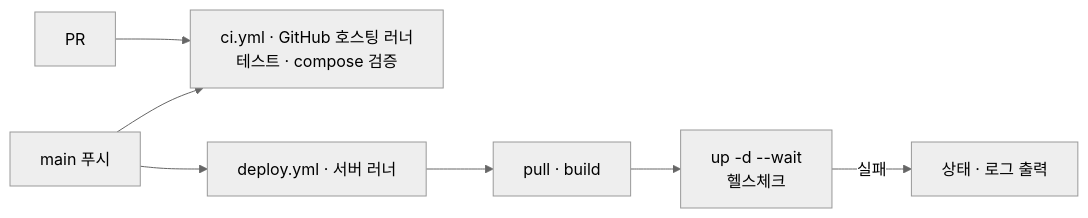
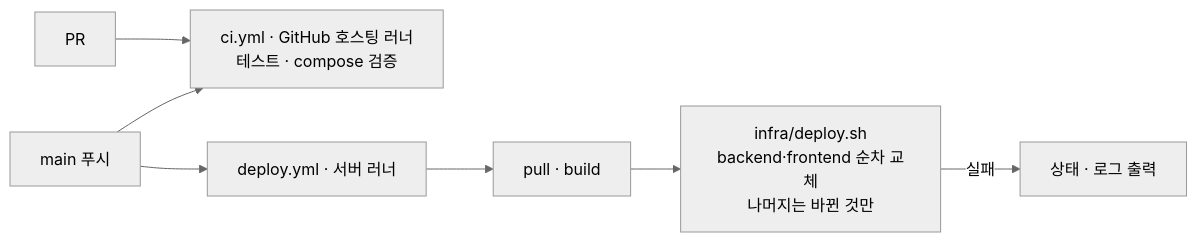
The diagram in infra/README.md (HuitaePark/seoul_bike), drawn with Mermaid (neutral theme) before and after one commit. The commit also changed other lines of this file and 15 other files, not shown here.

First line of the commit message:
feat(infra): 무중단 배포 — edge가 포트를 잡고 backend·frontend 순차 교체

````diff
--- a/infra/README.md
+++ b/infra/README.md
@@ -5,9 +5,9 @@
 ```mermaid
 flowchart LR
   PR[PR] --> CI[ci.yml · GitHub 호스팅 러너<br/>테스트 · compose 검증]
   M[main 푸시] --> CI
   M --> D[deploy.yml · 서버 러너]
   D --> B[pull · build]
-  B --> U[up -d --wait<br/>헬스체크]
+  B --> U[infra/deploy.sh<br/>backend·frontend 순차 교체<br/>나머지는 바뀐 것만]
   U -->|실패| L[상태 · 로그 출력]
 ```
````
